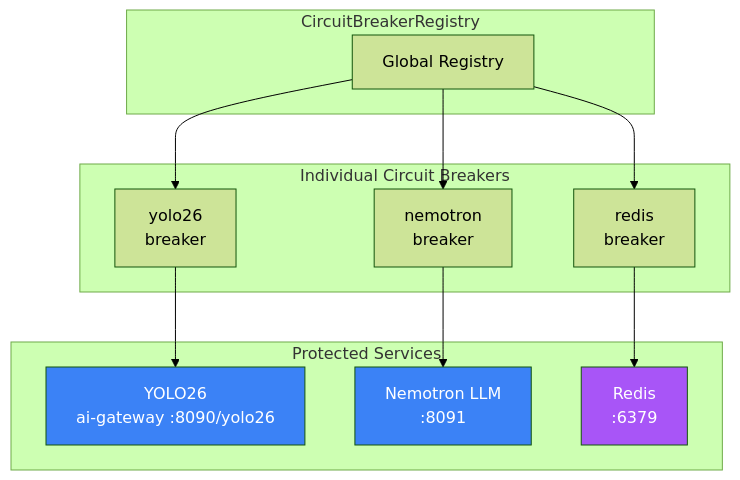
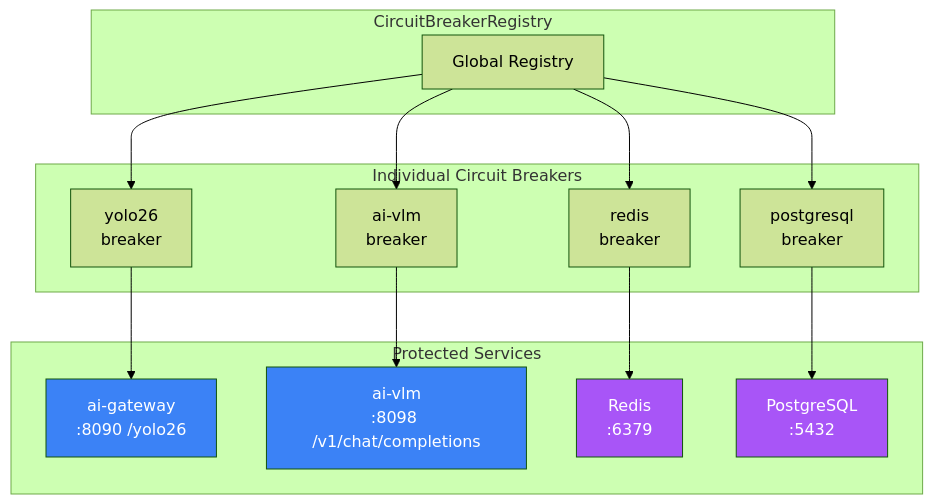
The third of 15 diagrams in docs/architecture/resilience.md (mikesvoboda/nemotron-v3-home-security-intelligence), drawn with Mermaid (forest theme) before and after one commit. The commit also changed other lines of this file and 231 other files, not shown here.

````diff
--- a/docs/architecture/resilience.md
+++ b/docs/architecture/resilience.md
@@ -236,30 +235,35 @@
 ```mermaid
 flowchart TB
     subgraph Registry["CircuitBreakerRegistry"]
         R[Global Registry]
     end
 
     subgraph Breakers["Individual Circuit Breakers"]
         B1[yolo26<br/>breaker]
-        B2[nemotron<br/>breaker]
+        B2[ai-vlm<br/>breaker]
         B3[redis<br/>breaker]
+        B4[postgresql<br/>breaker]
     end
 
     subgraph Services["Protected Services"]
-        S1[YOLO26<br/>ai-gateway :8090/yolo26]
-        S2[Nemotron LLM<br/>:8091]
+        S1[ai-gateway<br/>:8090 /yolo26]
+        S2[ai-vlm<br/>:8098 /v1/chat/completions]
         S3[Redis<br/>:6379]
+        S4[PostgreSQL<br/>:5432]
     end
 
     R --> B1
     R --> B2
     R --> B3
+    R --> B4
 
     B1 --> S1
     B2 --> S2
     B3 --> S3
+    B4 --> S4
 
     style S1 fill:#3B82F6,color:#fff
     style S2 fill:#3B82F6,color:#fff
     style S3 fill:#A855F7,color:#fff
+    style S4 fill:#A855F7,color:#fff
 ```
````
